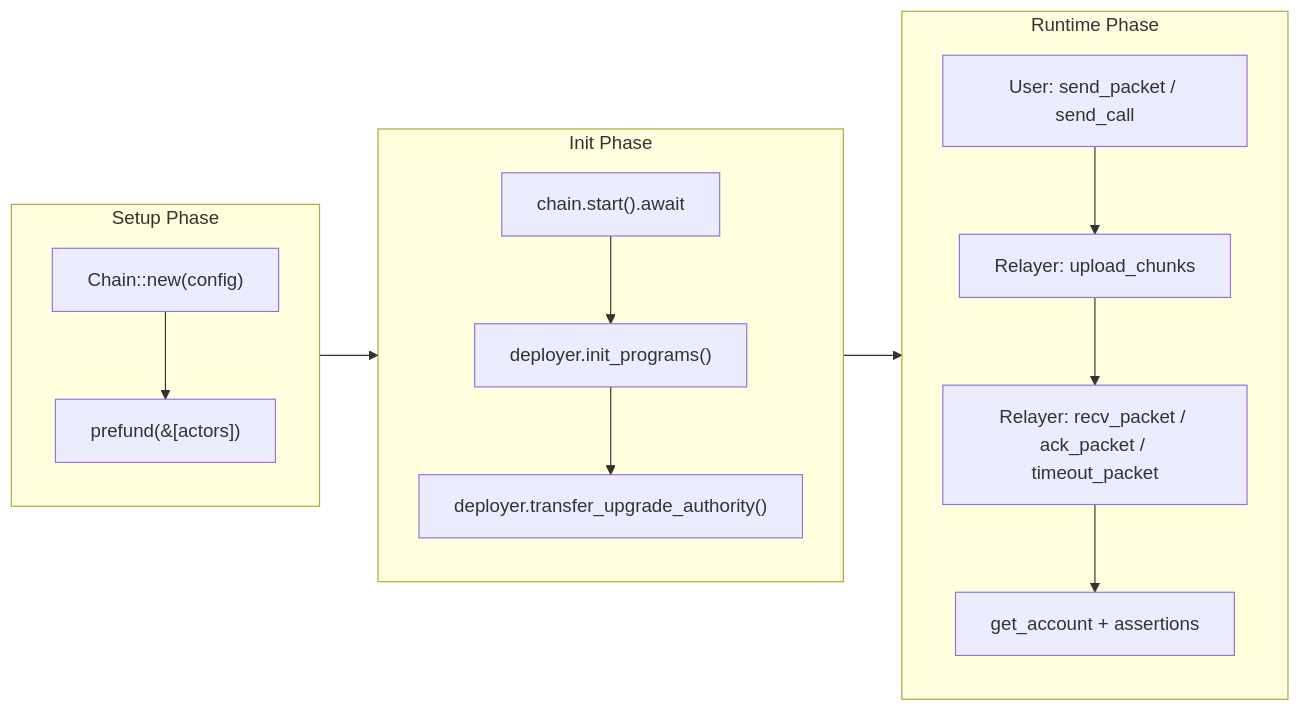
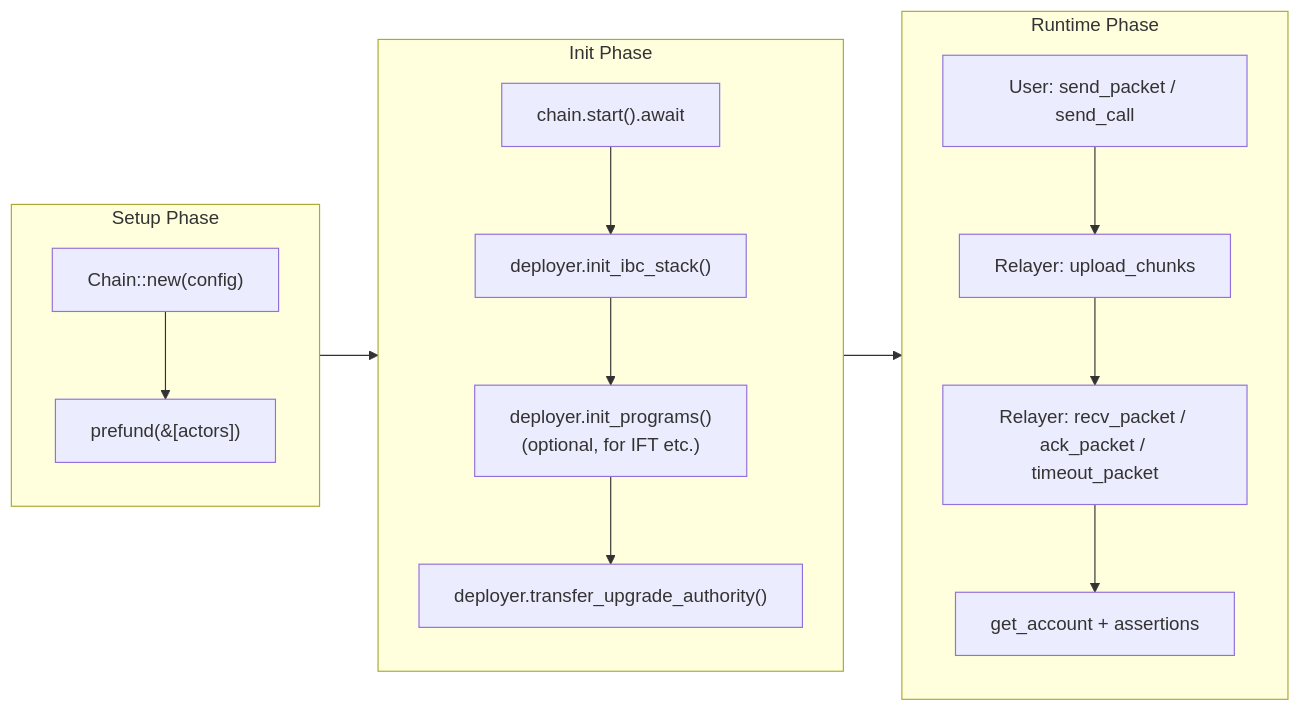
One commit to cosmos/solidity-ibc-eureka changed the second of 8 diagrams in programs/solana/integration-tests/README.md. Above: the diagram before and after it, drawn with Mermaid. The commit also changed other lines of this file and 50 other files, not shown here.

````diff
--- a/programs/solana/integration-tests/README.md
+++ b/programs/solana/integration-tests/README.md
@@ -58,22 +58,23 @@
 ```mermaid
 flowchart LR
     subgraph Setup["Setup Phase"]
         direction TB
         New["Chain::new(config)"] --> Prefund["prefund(&[actors])"]
     end
 
     subgraph Init["Init Phase"]
         direction TB
-        Start["chain.start().await"] --> InitProg["deployer.init_programs()"]
-        InitProg --> XferAuth["deployer.transfer_upgrade_authority()"]
+        Start["chain.start().await"] --> InitProg["deployer.init_ibc_stack()"]
+        InitProg --> InitApp["deployer.init_programs()\n(optional, for IFT etc.)"]
+        InitApp --> XferAuth["deployer.transfer_upgrade_authority()"]
     end
 
     subgraph Runtime["Runtime Phase"]
         direction TB
         Send["User: send_packet / send_call"] --> Upload["Relayer: upload_chunks"]
         Upload --> Deliver["Relayer: recv_packet / ack_packet / timeout_packet"]
         Deliver --> Verify["get_account + assertions"]
     end
 
     Setup --> Init --> Runtime
 ```
````
